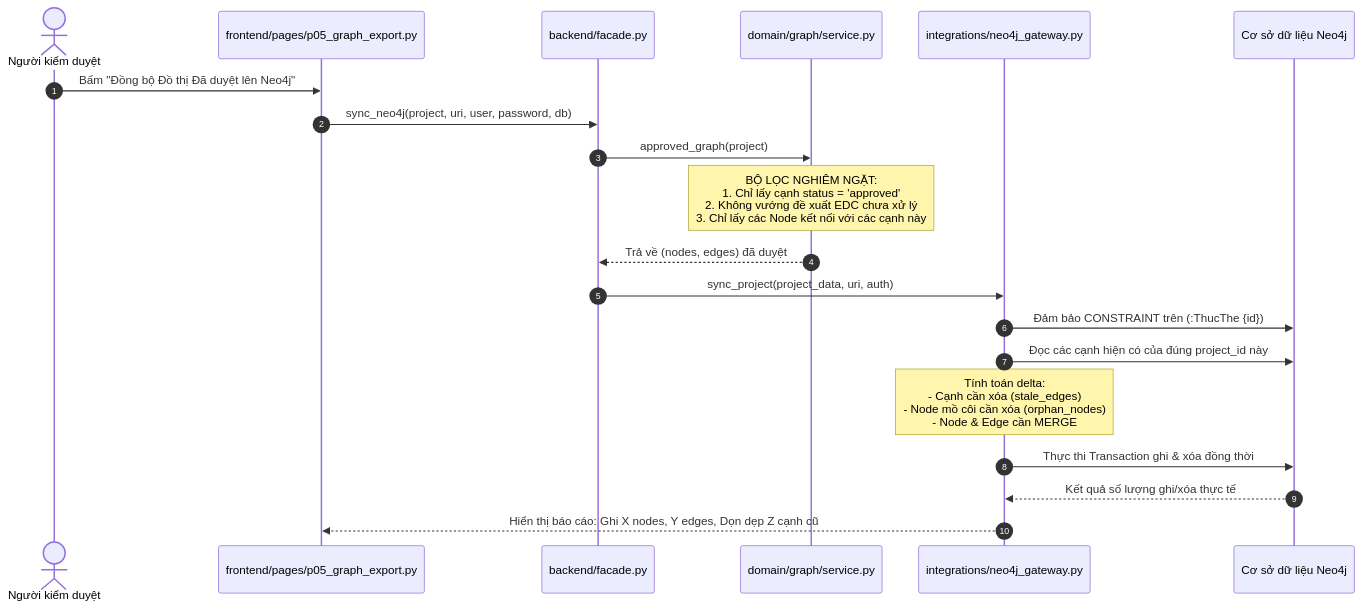
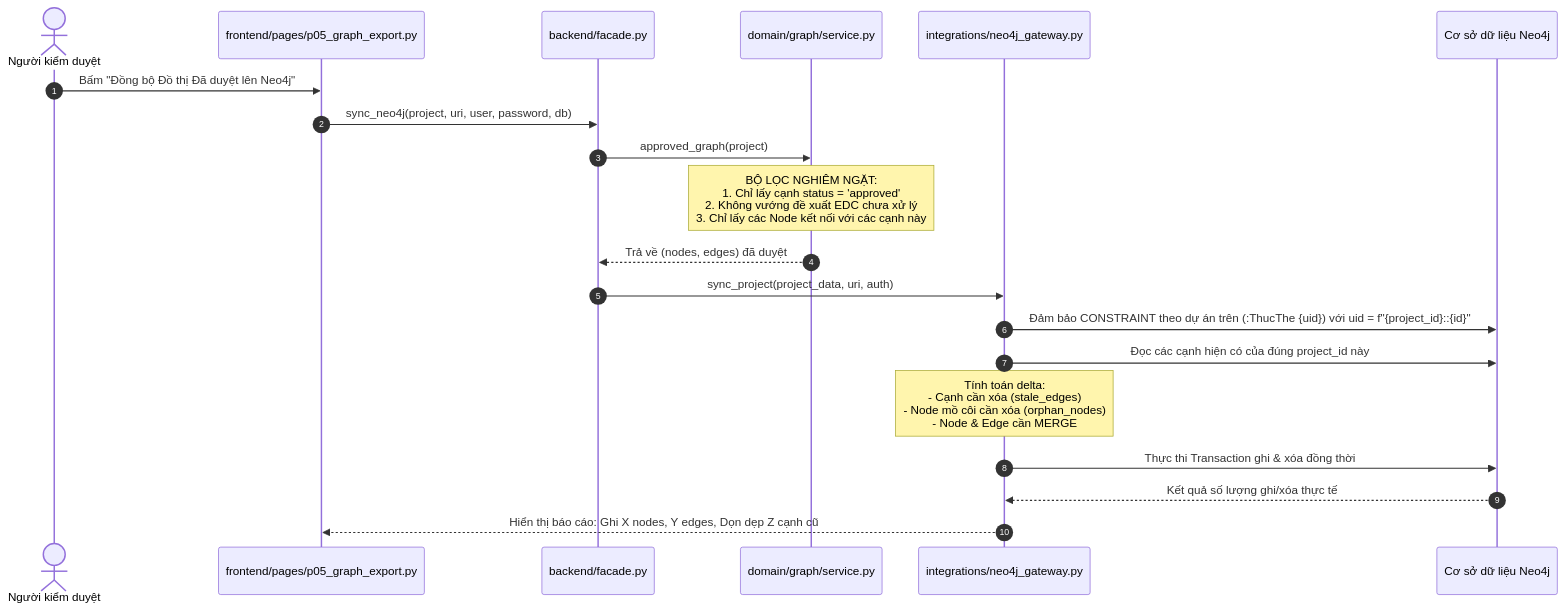
One commit to ntnnamnguyen/KG_Studio changed the seventh of 7 diagrams in AI/structure.md. Above: the diagram before and after it, drawn with Mermaid. The commit also changed other lines of this file and 62 other files, not shown here.

````diff
--- a/AI/structure.md
+++ b/AI/structure.md
@@ -669,23 +671,23 @@
 ```mermaid
 sequenceDiagram
     autonumber
     actor User as Người kiểm duyệt
     participant UI as frontend/pages/p05_graph_export.py
     participant Facade as backend/facade.py
     participant GraphSvc as domain/graph/service.py
     participant NeoGateway as integrations/neo4j_gateway.py
     participant Neo4j as Cơ sở dữ liệu Neo4j
 
     User->>UI: Bấm "Đồng bộ Đồ thị Đã duyệt lên Neo4j"
     UI->>Facade: sync_neo4j(project, uri, user, password, db)
     Facade->>GraphSvc: approved_graph(project)
     Note over GraphSvc: BỘ LỌC NGHIÊM NGẶT:<br/>1. Chỉ lấy cạnh status = 'approved'<br/>2. Không vướng đề xuất EDC chưa xử lý<br/>3. Chỉ lấy các Node kết nối với các cạnh này
     GraphSvc-->>Facade: Trả về (nodes, edges) đã duyệt
     Facade->>NeoGateway: sync_project(project_data, uri, auth)
-    NeoGateway->>Neo4j: Đảm bảo CONSTRAINT trên (:ThucThe {id})
+    NeoGateway->>Neo4j: Đảm bảo CONSTRAINT theo dự án trên (:ThucThe {uid}) với uid = f"{project_id}::{id}"
     NeoGateway->>Neo4j: Đọc các cạnh hiện có của đúng project_id này
     Note over NeoGateway: Tính toán delta:<br/>- Cạnh cần xóa (stale_edges)<br/>- Node mồ côi cần xóa (orphan_nodes)<br/>- Node & Edge cần MERGE
     NeoGateway->>Neo4j: Thực thi Transaction ghi & xóa đồng thời
     Neo4j-->>NeoGateway: Kết quả số lượng ghi/xóa thực tế
     NeoGateway-->>UI: Hiển thị báo cáo: Ghi X nodes, Y edges, Dọn dẹp Z cạnh cũ
 ```
````
